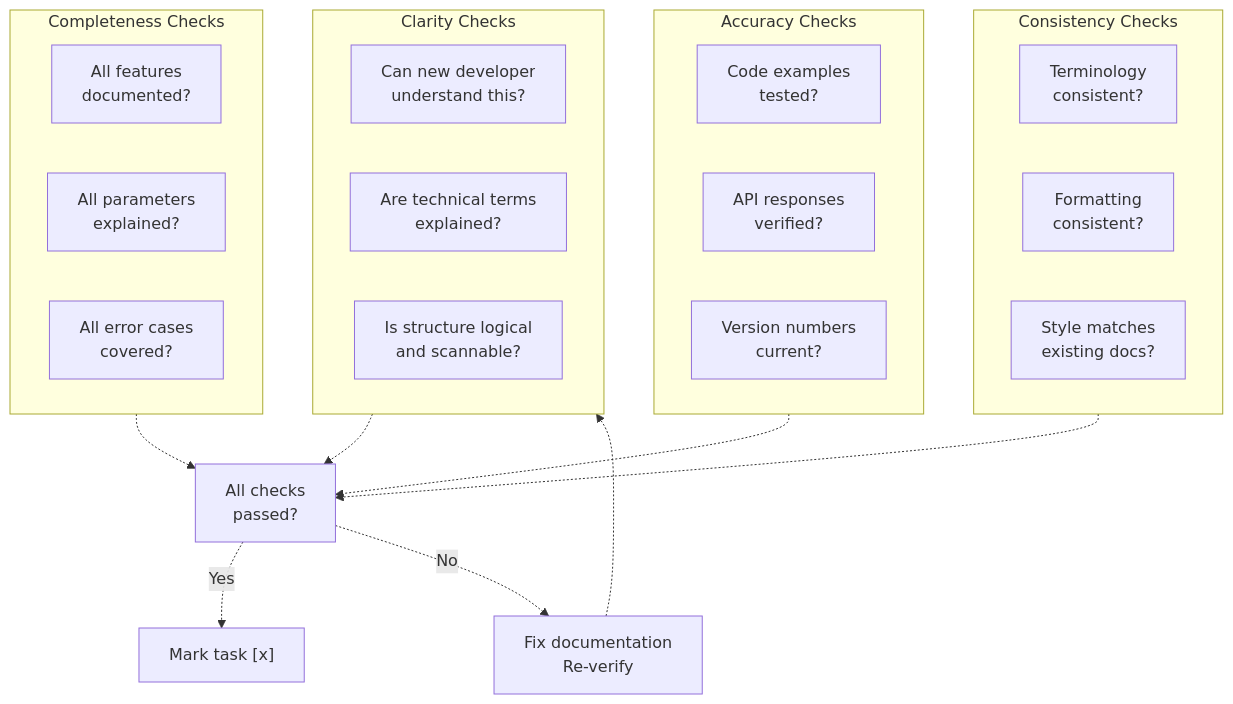
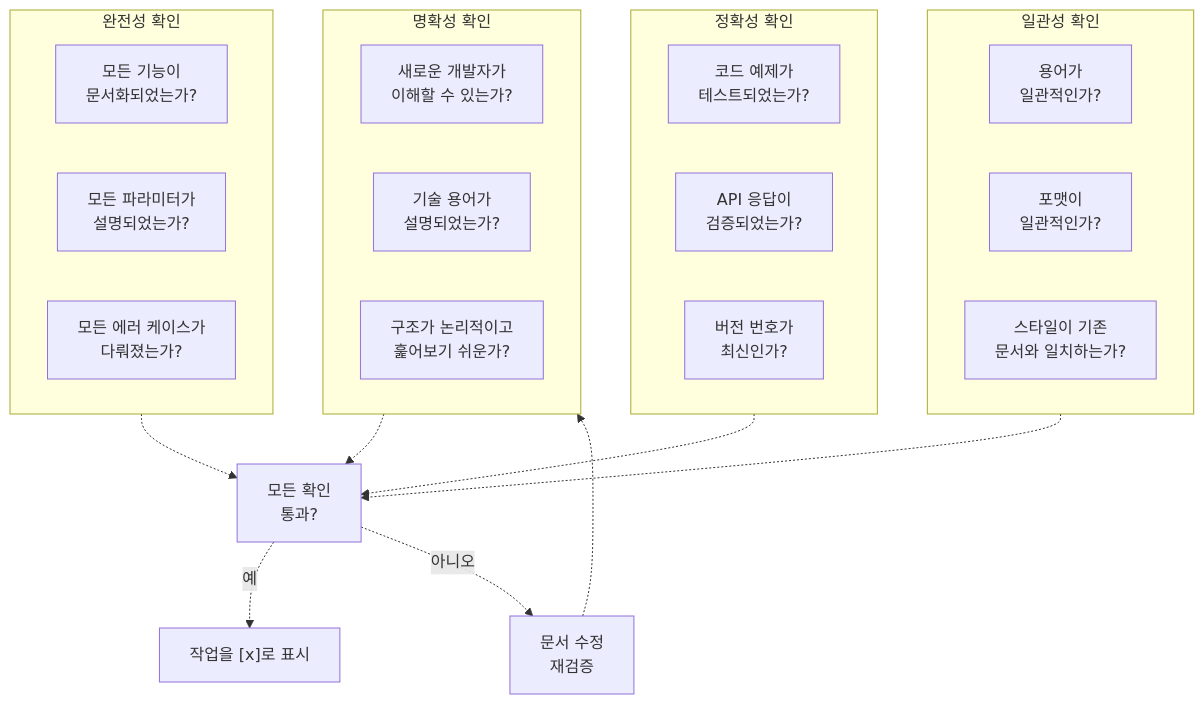
Before and after one commit to felipetruman/oh-my-opencode-docs: the fourth of 8 diagrams in docs/agents/document-writer.md, drawn with Mermaid. The commit also changed other lines of this file and 76 other files, not shown here.

````diff
--- a/docs/agents/document-writer.md
+++ b/docs/agents/document-writer.md
@@ -223,51 +223,51 @@
 ```mermaid
 flowchart TD
 
-CS1["Terminology<br>consistent?"]
-CS2["Formatting<br>consistent?"]
-CS3["Style matches<br>existing docs?"]
-A1["Code examples<br>tested?"]
-A2["API responses<br>verified?"]
-A3["Version numbers<br>current?"]
-CO1["All features<br>documented?"]
-CO2["All parameters<br>explained?"]
-CO3["All error cases<br>covered?"]
-C1["Can new developer<br>understand this?"]
-C2["Are technical terms<br>explained?"]
-C3["Is structure logical<br>and scannable?"]
-Pass["All checks<br>passed?"]
-MarkComplete["Mark task [x]"]
-FixDocs["Fix documentation<br>Re-verify"]
+CS1["용어가<br>일관적인가?"]
+CS2["포맷이<br>일관적인가?"]
+CS3["스타일이 기존<br>문서와 일치하는가?"]
+A1["코드 예제가<br>테스트되었는가?"]
+A2["API 응답이<br>검증되었는가?"]
+A3["버전 번호가<br>최신인가?"]
+CO1["모든 기능이<br>문서화되었는가?"]
+CO2["모든 파라미터가<br>설명되었는가?"]
+CO3["모든 에러 케이스가<br>다뤄졌는가?"]
+C1["새로운 개발자가<br>이해할 수 있는가?"]
+C2["기술 용어가<br>설명되었는가?"]
+C3["구조가 논리적이고<br>훑어보기 쉬운가?"]
+Pass["모든 확인<br>통과?"]
+MarkComplete["작업을 [x]로 표시"]
+FixDocs["문서 수정<br>재검증"]
 
-Pass -.->|"Yes"| MarkComplete
-Pass -.->|"No"| FixDocs
+Pass -.->|"예"| MarkComplete
+Pass -.->|"아니오"| FixDocs
 Clarity -.-> Pass
 Completeness -.-> Pass
 Accuracy -.-> Pass
 Consistency -.-> Pass
 FixDocs -.-> Clarity
 
-subgraph Consistency ["Consistency Checks"]
+subgraph Consistency ["일관성 확인"]
     CS1
     CS2
     CS3
 end
 
-subgraph Accuracy ["Accuracy Checks"]
+subgraph Accuracy ["정확성 확인"]
     A1
     A2
     A3
 end
 
-subgraph Completeness ["Completeness Checks"]
+subgraph Completeness ["완전성 확인"]
     CO1
     CO2
     CO3
 end
 
-subgraph Clarity ["Clarity Checks"]
+subgraph Clarity ["명확성 확인"]
     C1
     C2
     C3
 end
 ```
````
